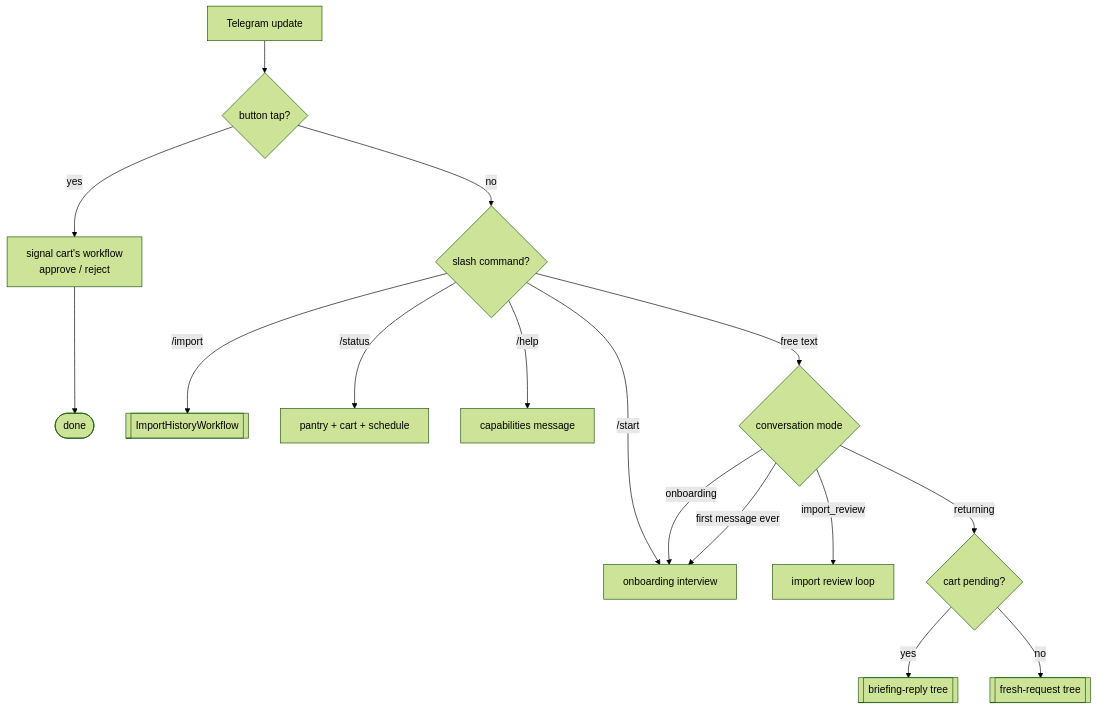
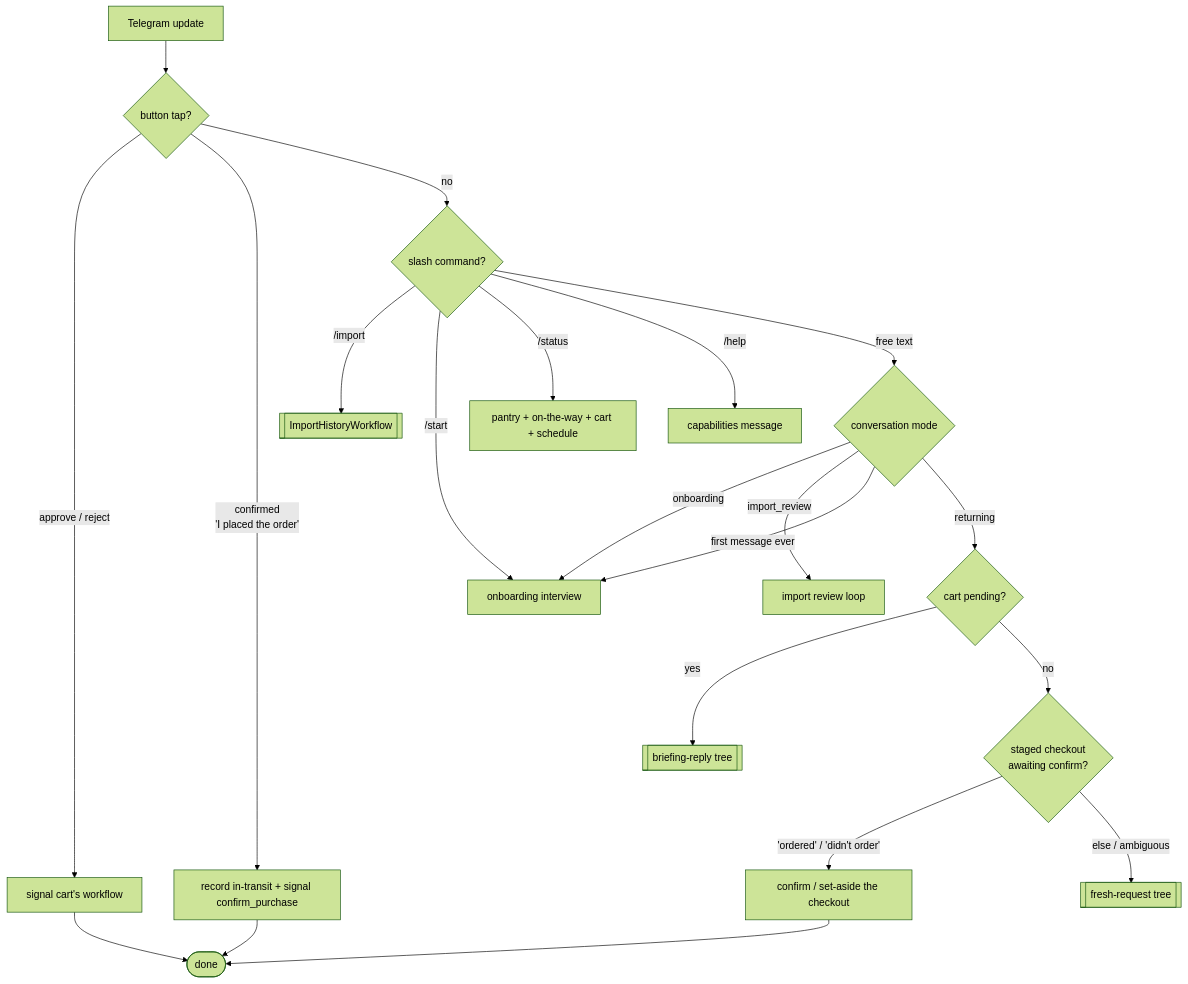
Before and after one commit to geogoesbeepboop/grocery-buddy: the second of 7 diagrams in docs/SYSTEM_REFERENCE.md, drawn with Mermaid (forest theme). The commit also changed other lines of this file and 19 other files, not shown here.

````diff
--- a/docs/SYSTEM_REFERENCE.md
+++ b/docs/SYSTEM_REFERENCE.md
@@ -63,17 +72,20 @@
 ```mermaid
 flowchart TD
     M[Telegram update] --> B{button tap?}
-    B -- yes --> SIG[signal cart's workflow<br/>approve / reject] --> done1([done])
+    B -- "approve / reject" --> SIG[signal cart's workflow] --> done1([done])
+    B -- "confirmed<br/>'I placed the order'" --> CFM[record in-transit + signal confirm_purchase] --> done1
     B -- no --> CMD{slash command?}
     CMD -- /import --> IMP[[ImportHistoryWorkflow]]
     CMD -- /start --> ONB[onboarding interview]
-    CMD -- /status --> ST[pantry + cart + schedule]
+    CMD -- /status --> ST[pantry + on-the-way + cart + schedule]
     CMD -- /help --> HLP[capabilities message]
     CMD -- "free text" --> MODE{conversation mode}
     MODE -- onboarding --> ONB
     MODE -- import_review --> REV[import review loop]
     MODE -- first message ever --> ONB
     MODE -- returning --> PEND{cart pending?}
     PEND -- yes --> BR[[briefing-reply tree]]
-    PEND -- no --> FR[[fresh-request tree]]
+    PEND -- no --> AWAIT{staged checkout<br/>awaiting confirm?}
+    AWAIT -- "'ordered' / 'didn't order'" --> CFM2[confirm / set-aside the checkout] --> done1
+    AWAIT -- "else / ambiguous" --> FR[[fresh-request tree]]
 ```
````
